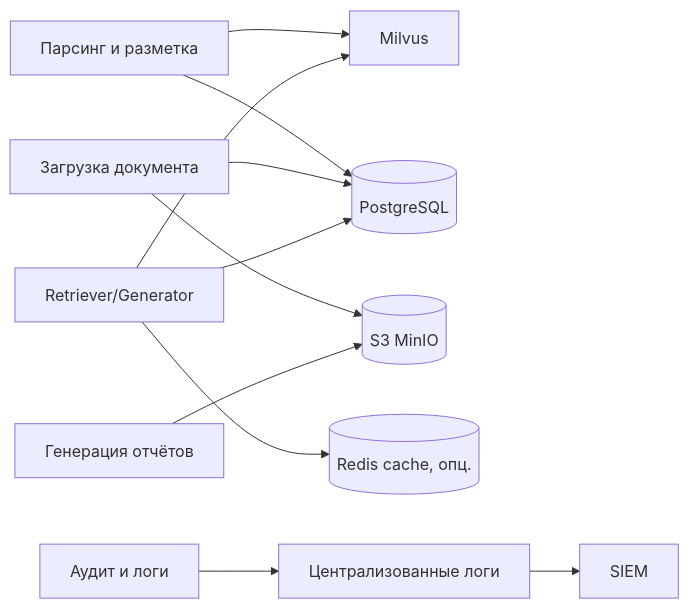
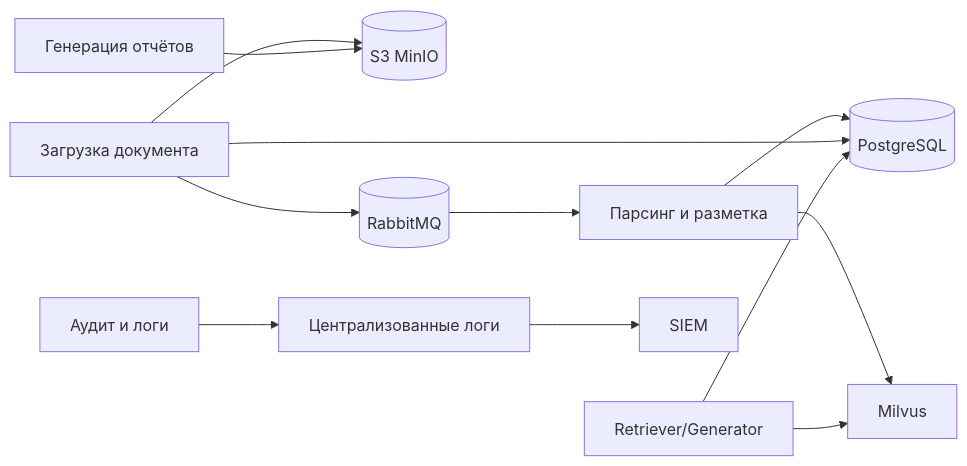
One commit to Trump68/infra changed the sixth of 12 diagrams in TZ/1_zapiska_k_tz.md. Above: the diagram before and after it, drawn with Mermaid. The commit also changed other lines of this file, not shown here.

First line of the commit message:
docs: update technical documentation for Фармадок system architecture

````diff
--- a/TZ/1_zapiska_k_tz.md
+++ b/TZ/1_zapiska_k_tz.md
@@ -1024,13 +1023,14 @@
 ```mermaid
 flowchart LR
   Parse[Парсинг и разметка] --> VecDB[Milvus]
   Parse --> MetaDB[(PostgreSQL)]
   Upload[Загрузка документа] --> DocStore[(S3 MinIO)]
   Upload --> MetaDB
+  Upload --> MQ[(RabbitMQ)]
+  MQ --> Parse
   RAG[Retriever/Generator] --> VecDB
   RAG --> MetaDB
-  RAG --> Cache[(Redis cache, опц.)]
   Reports[Генерация отчётов] --> DocStore
   Audit[Аудит и логи] --> LogStore[Централизованные логи]
   LogStore --> SIEM[SIEM]
 ```
````
